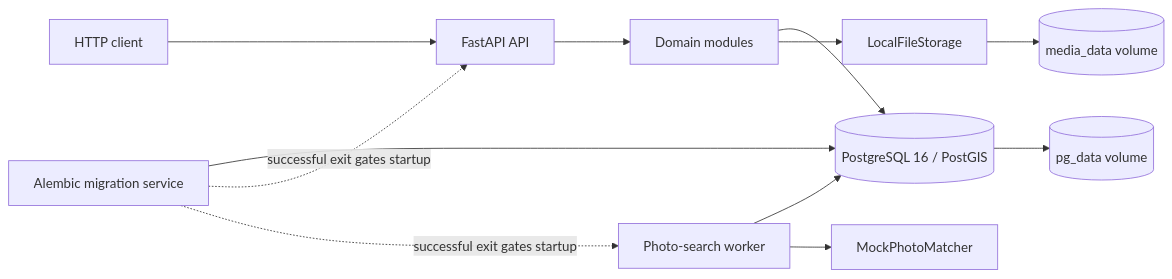
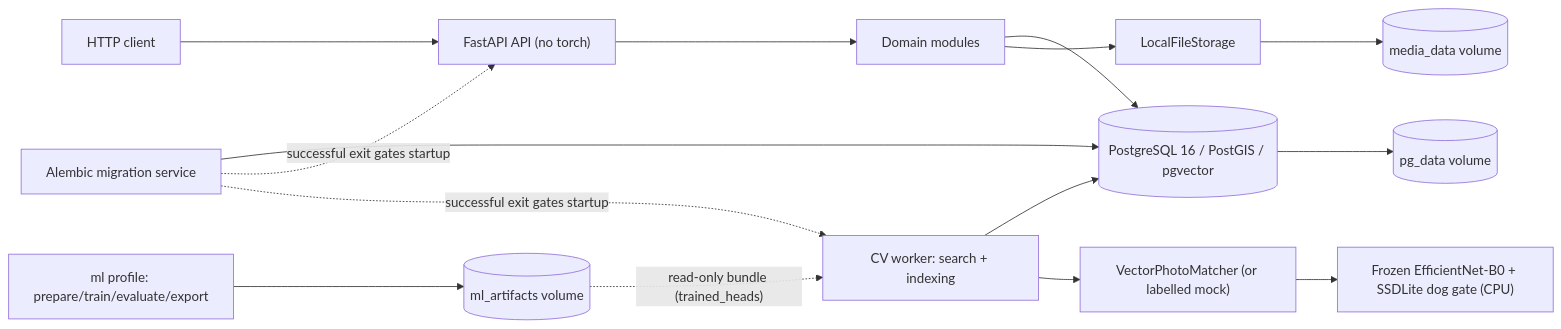
One commit to thelizzard1337/pawly changed the diagram in docs.md. Above: the diagram before and after it, drawn with Mermaid. The commit also changed other lines of this file and 63 other files, not shown here.

````diff
--- a/docs.md
+++ b/docs.md
@@ -15,14 +15,17 @@
 ```mermaid
 flowchart LR
-    Client["HTTP client"] --> API["FastAPI API"]
+    Client["HTTP client"] --> API["FastAPI API (no torch)"]
     API --> Modules["Domain modules"]
-    Modules --> DB[("PostgreSQL 16 / PostGIS")]
+    Modules --> DB[("PostgreSQL 16 / PostGIS / pgvector")]
     Modules --> Storage["LocalFileStorage"]
     Storage --> Media[("media_data volume")]
-    Worker["Photo-search worker"] --> DB
-    Worker --> Matcher["MockPhotoMatcher"]
+    Worker["CV worker: search + indexing"] --> DB
+    Worker --> Matcher["VectorPhotoMatcher (or labelled mock)"]
+    Matcher --> Models["Frozen EfficientNet-B0 + SSDLite dog gate (CPU)"]
+    ML["ml profile: prepare/train/evaluate/export"] --> Artifacts[("ml_artifacts volume")]
+    Artifacts -. "read-only bundle (trained_heads)" .-> Worker
     Migrate["Alembic migration service"] --> DB
     DB --> Data[("pg_data volume")]
     Migrate -. "successful exit gates startup" .-> API
     Migrate -. "successful exit gates startup" .-> Worker
 ```
````
